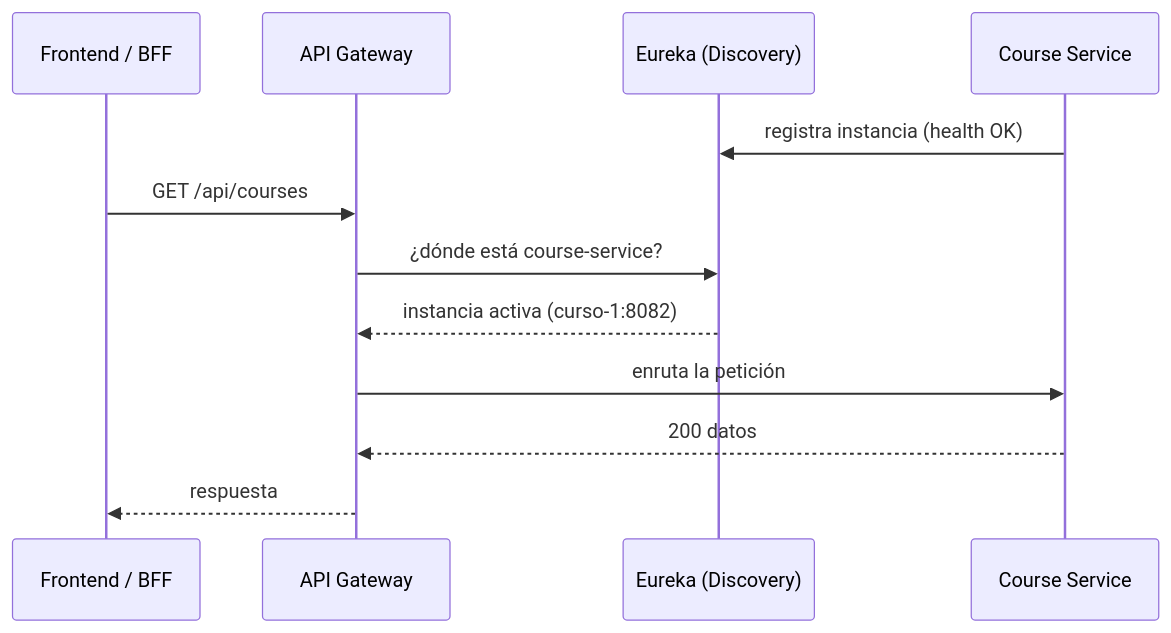
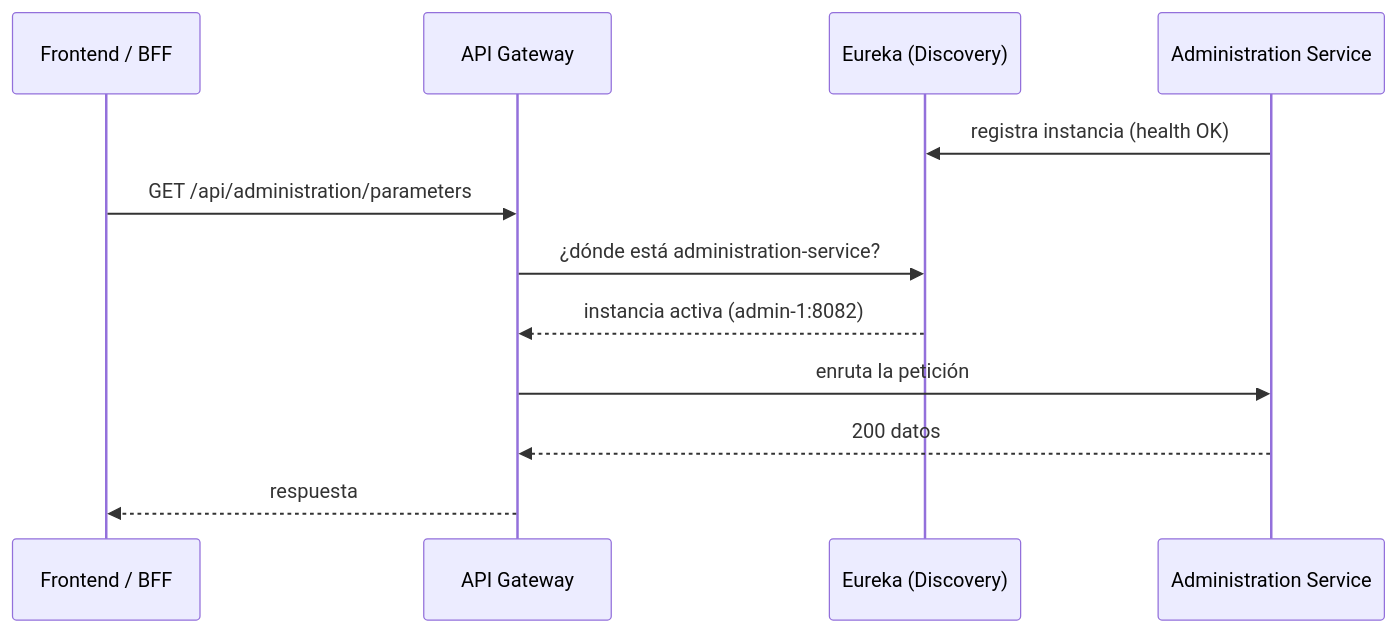
One commit to 2W2-114324-Carballo-Juarez-Mateo/backoffice-docs changed the first of 6 diagrams in docs/backend/arquitectura/comunicacion.md. Above: the diagram before and after it, drawn with Mermaid. The commit also changed other lines of this file and 13 other files, not shown here.

````diff
--- a/docs/backend/arquitectura/comunicacion.md
+++ b/docs/backend/arquitectura/comunicacion.md
@@ -9,15 +9,15 @@
 ```mermaid
 sequenceDiagram
     participant FE as Frontend / BFF
     participant GW as API Gateway
     participant EU as Eureka (Discovery)
-    participant CS as Course Service
+    participant AD as Administration Service
 
-    CS->>EU: registra instancia (health OK)
-    FE->>GW: GET /api/courses
-    GW->>EU: ¿dónde está course-service?
-    EU-->>GW: instancia activa (curso-1:8082)
-    GW->>CS: enruta la petición
-    CS-->>GW: 200 datos
+    AD->>EU: registra instancia (health OK)
+    FE->>GW: GET /api/administration/parameters
+    GW->>EU: ¿dónde está administration-service?
+    EU-->>GW: instancia activa (admin-1:8082)
+    GW->>AD: enruta la petición
+    AD-->>GW: 200 datos
     GW-->>FE: respuesta
 ```
````
